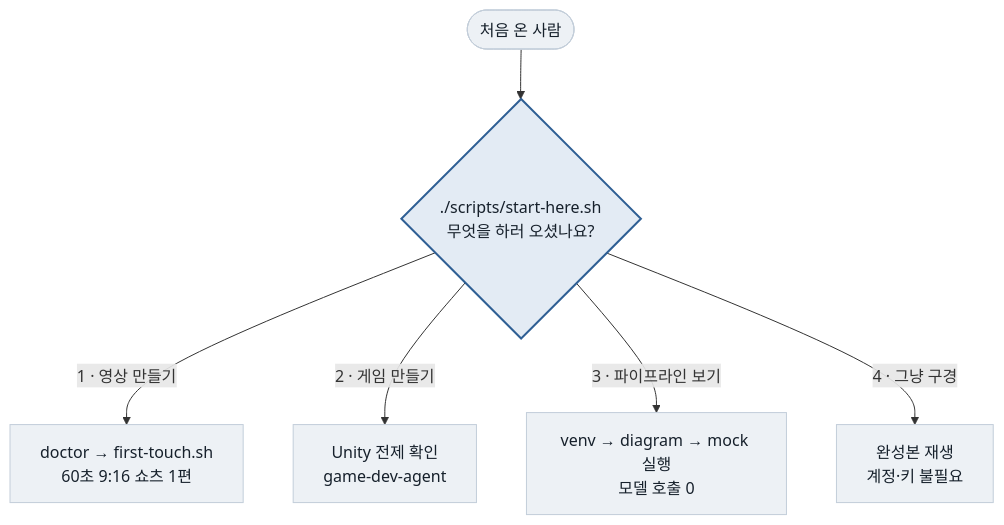
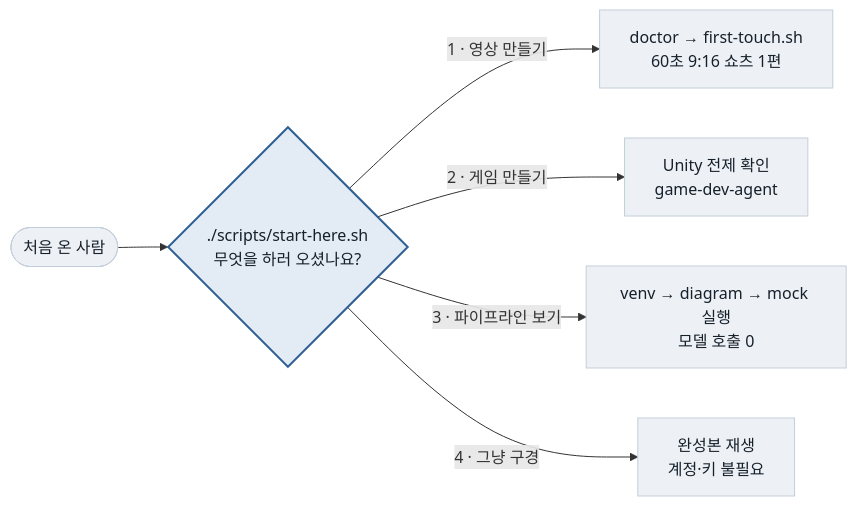
The third of 3 diagrams in README.ko.md (MelonS/MelonS-Agents), drawn with Mermaid before and after one commit. The commit also changed other lines of this file and 3 other files, not shown here.

````diff
--- a/README.ko.md
+++ b/README.ko.md
@@ -195,12 +195,12 @@
 ```mermaid
-flowchart TD
+flowchart LR
   V(["처음 온 사람"]) --> Q{"./scripts/start-here.sh<br/>무엇을 하러 오셨나요?"}
   Q -- "1 · 영상 만들기" --> A1["doctor → first-touch.sh<br/>60초 9:16 쇼츠 1편"]
   Q -- "2 · 게임 만들기" --> A2["Unity 전제 확인<br/>game-dev-agent"]
   Q -- "3 · 파이프라인 보기" --> A3["venv → diagram → mock 실행<br/>모델 호출 0"]
   Q -- "4 · 그냥 구경" --> A4["완성본 재생<br/>계정·키 불필요"]
   classDef step fill:#EDF1F5,stroke:#C3CEDA,stroke-width:1px,color:#16202B
   classDef ask fill:#E3EBF4,stroke:#2F5F94,stroke-width:2px,color:#16202B
   class A1,A2,A3,A4,V step
   class Q ask
 ```
````
